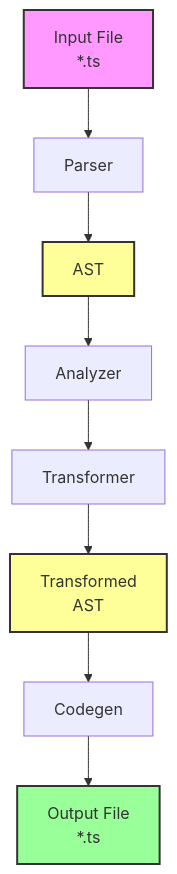
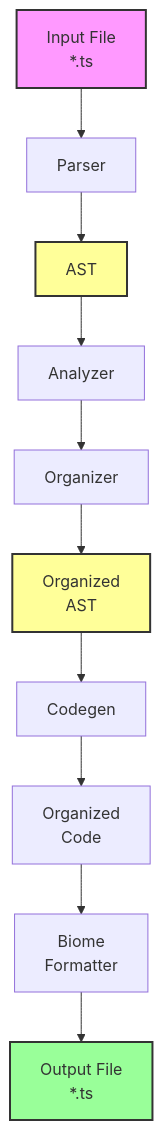
One commit to skeswa/krokfmt changed the fourth of 19 diagrams in docs/design.md. Above: the diagram before and after it, drawn with Mermaid. The commit also changed other lines of this file and 14 other files, not shown here.

````diff
--- a/docs/design.md
+++ b/docs/design.md
@@ -158,15 +172,17 @@
 ```mermaid
 flowchart TB
     IF[Input File<br/>*.ts] --> P[Parser]
     P --> AST1[AST]
     AST1 --> A[Analyzer]
-    A --> T[Transformer]
-    T --> AST2[Transformed<br/>AST]
+    A --> O[Organizer]
+    O --> AST2[Organized<br/>AST]
     AST2 --> CG[Codegen]
-    CG --> OF[Output File<br/>*.ts]
+    CG --> OC[Organized<br/>Code]
+    OC --> BF[Biome<br/>Formatter]
+    BF --> OF[Output File<br/>*.ts]
     
     style IF fill:#f9f,stroke:#333,stroke-width:2px
     style OF fill:#9f9,stroke:#333,stroke-width:2px
     style AST1 fill:#ff9,stroke:#333,stroke-width:2px
     style AST2 fill:#ff9,stroke:#333,stroke-width:2px
 ```
````
